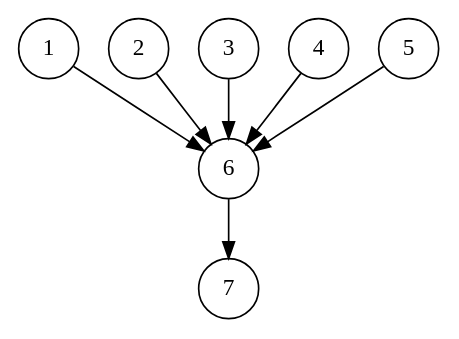
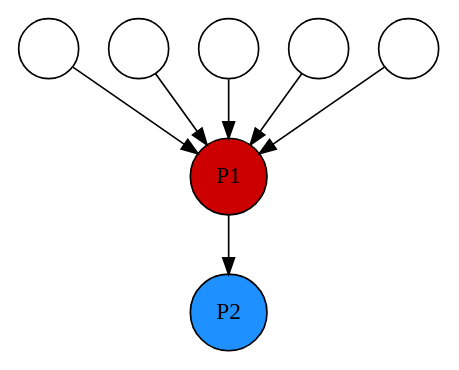
One commit to FerFrassia/metnum changed the diagram in Graphs/starVsNode/starVsNode.dot. Above: the diagram before and after it, drawn with Graphviz. The commit also changed 5 other files, not shown here.

```diff
--- a/Graphs/starVsNode/starVsNode.dot
+++ b/Graphs/starVsNode/starVsNode.dot
@@ -1,17 +1,17 @@
 digraph {
-  node [shape=circle]
-  1 [label="1"]
-  2 [label="2"]
-  3 [label="3"]
-  4 [label="4"]
-  5 [label="5"]
-  6 [label="6"]
-  7 [label="7"]
+  node [shape=circle, style=filled]
+  1 [label="", fillcolor=white]
+  2 [label="", fillcolor=white]
+  3 [label="", fillcolor=white]
+  4 [label="", fillcolor=white]
+  5 [label="", fillcolor=white]
+  6 [label="P1", fillcolor=red3]
+  7 [label="P2", fillcolor=dodgerblue]
 
   1 -> 6;
   2 -> 6;
   3 -> 6;
   4 -> 6;
   5 -> 6;
   6 -> 7;
 }
```
